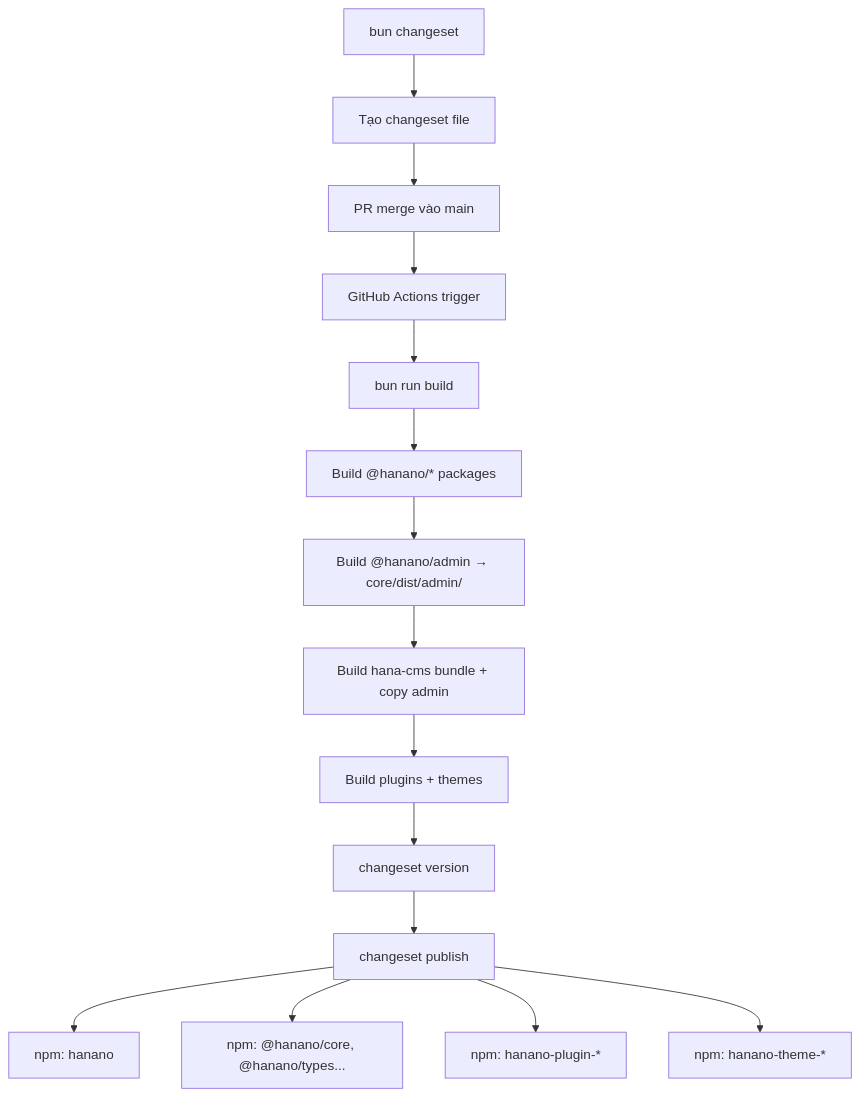
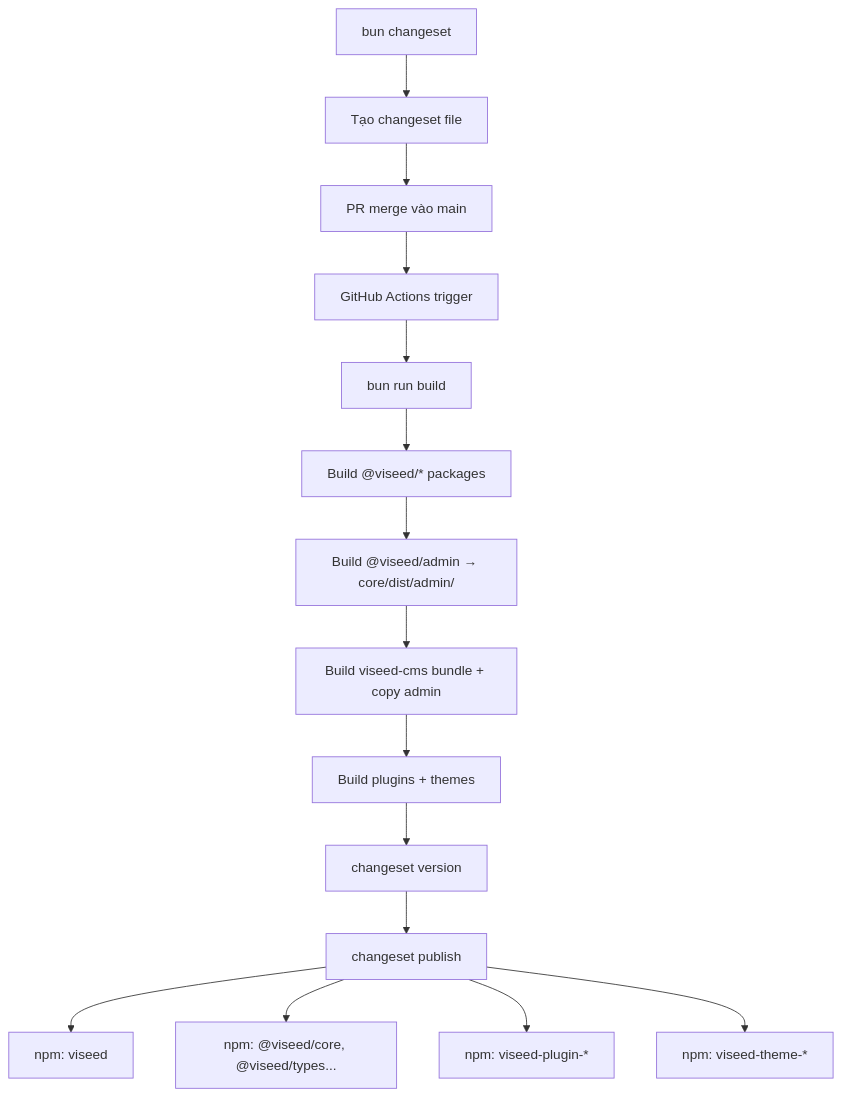
The diagram in .cursor/plans/npm_publish_flow_62937249.plan.md (viseed/cms), drawn with Mermaid before and after one commit. The commit also changed other lines of this file and 166 other files, not shown here.

````diff
--- a/.cursor/plans/npm_publish_flow_62937249.plan.md
+++ b/.cursor/plans/npm_publish_flow_62937249.plan.md
@@ -273,17 +273,17 @@
 ```mermaid
 flowchart TD
     A[bun changeset] --> B[Tạo changeset file]
     B --> C[PR merge vào main]
     C --> D[GitHub Actions trigger]
     D --> E[bun run build]
-    E --> F["Build @hanano/* packages"]
-    F --> G["Build @hanano/admin → core/dist/admin/"]
-    G --> H[Build hana-cms bundle + copy admin]
+    E --> F["Build @viseed/* packages"]
+    F --> G["Build @viseed/admin → core/dist/admin/"]
+    G --> H[Build viseed-cms bundle + copy admin]
     H --> I[Build plugins + themes]
     I --> J[changeset version]
     J --> K[changeset publish]
-    K --> L[npm: hanano]
-    K --> O["npm: @hanano/core, @hanano/types..."]
-    K --> M["npm: hanano-plugin-*"]
-    K --> N["npm: hanano-theme-*"]
+    K --> L[npm: viseed]
+    K --> O["npm: @viseed/core, @viseed/types..."]
+    K --> M["npm: viseed-plugin-*"]
+    K --> N["npm: viseed-theme-*"]
 ```
````
